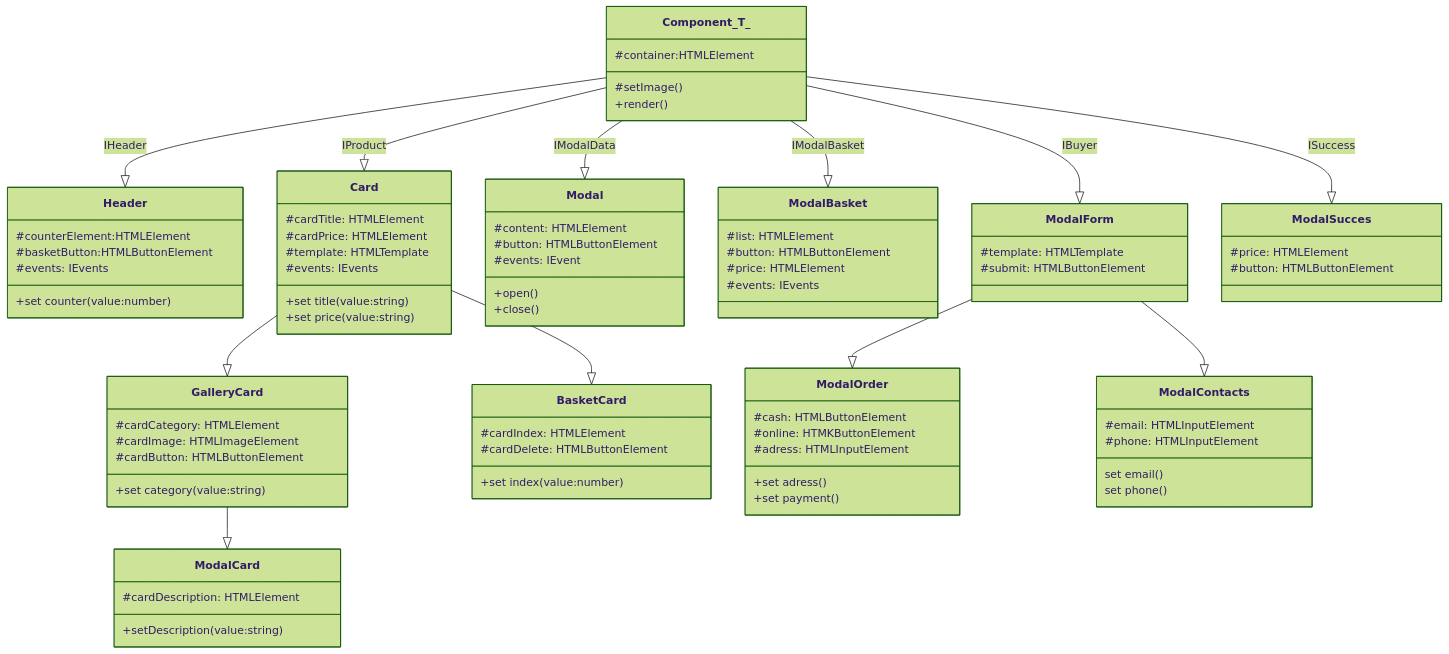
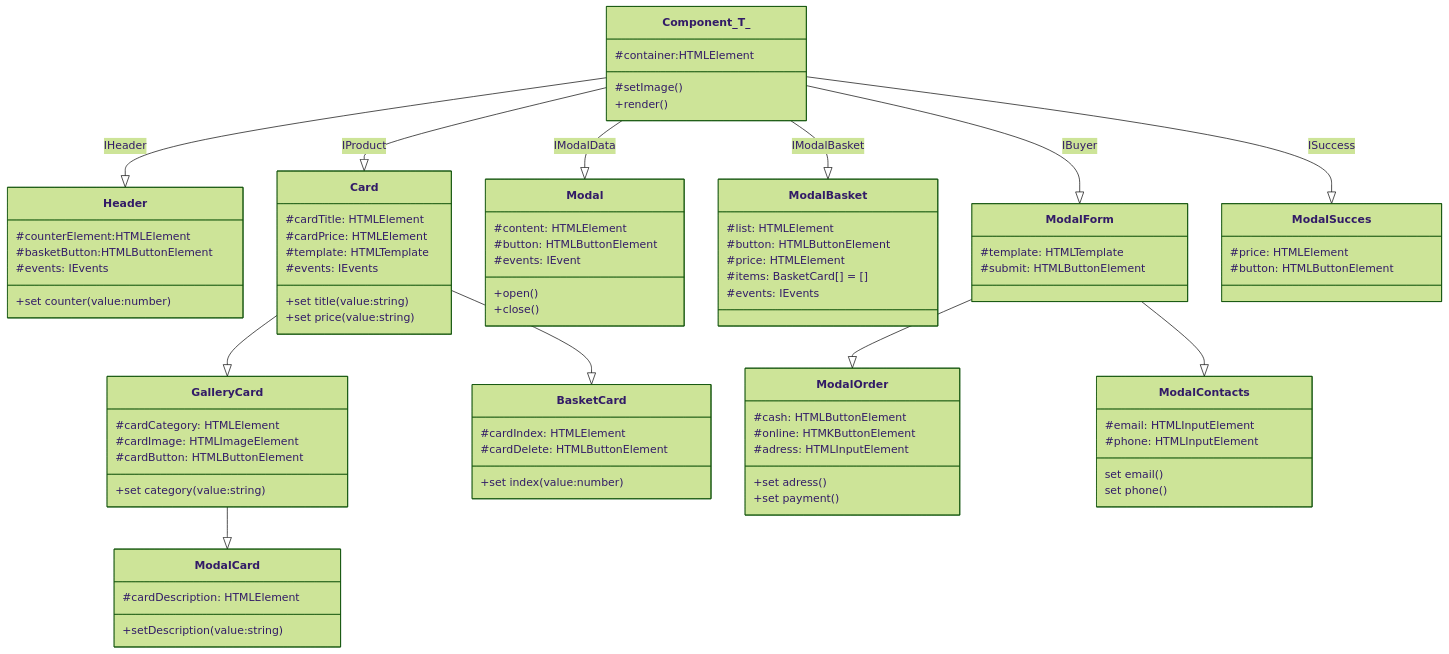
One commit to D3C4RD/weblarek changed the diagram in README.md. Above: the diagram before and after it, drawn with Mermaid (forest theme).

Commit message:
Отредактирован ModalBasket на схеме

```diff
--- a/README.md
+++ b/README.md
@@ -334,6 +334,7 @@
       #list: HTMLElement
       #button: HTMLButtonElement
       #price: HTMLElement
+      #items: BasketCard[] = []
       #events: IEvents
     }
     class ModalForm{
```
